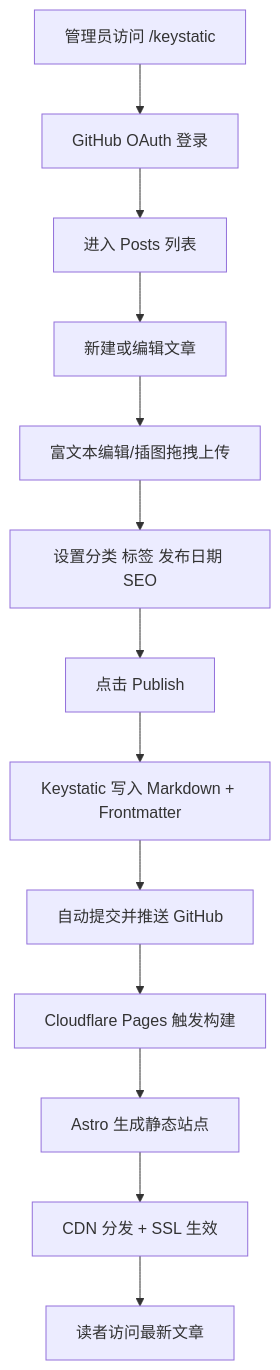
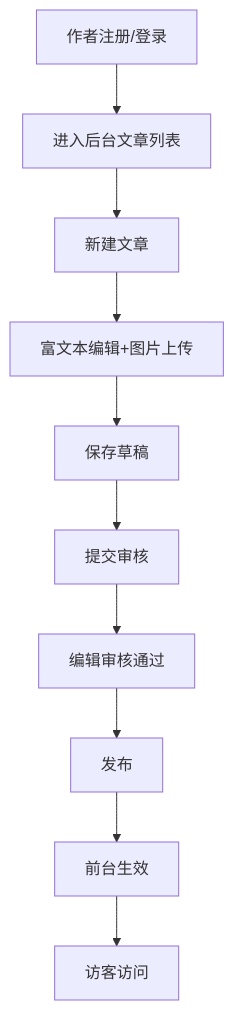
Before and after one commit to staramia/Starblog: the diagram in PRD.md, drawn with Mermaid. The commit also changed other lines of this file and 50 other files, not shown here.

````diff
--- a/PRD.md
+++ b/PRD.md
@@ -66,15 +80,12 @@
 ```mermaid
 flowchart TD
-A[管理员访问 /keystatic] --> B[GitHub OAuth 登录]
-B --> C[进入 Posts 列表]
-C --> D[新建或编辑文章]
-D --> E[富文本编辑/插图拖拽上传]
-E --> F[设置分类 标签 发布日期 SEO]
-F --> G[点击 Publish]
-G --> H[Keystatic 写入 Markdown + Frontmatter]
-H --> I[自动提交并推送 GitHub]
-I --> J[Cloudflare Pages 触发构建]
-J --> K[Astro 生成静态站点]
-K --> L[CDN 分发 + SSL 生效]
-L --> M[读者访问最新文章]
+A[作者注册/登录] --> B[进入后台文章列表]
+B --> C[新建文章]
+C --> D[富文本编辑+图片上传]
+D --> E[保存草稿]
+E --> F[提交审核]
+F --> G[编辑审核通过]
+G --> H[发布]
+H --> I[前台生效]
+I --> J[访客访问]
 ```
````
